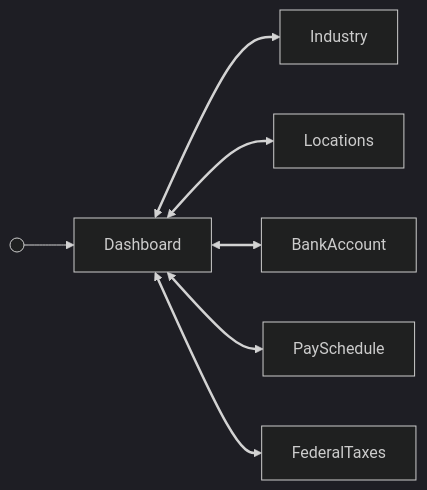
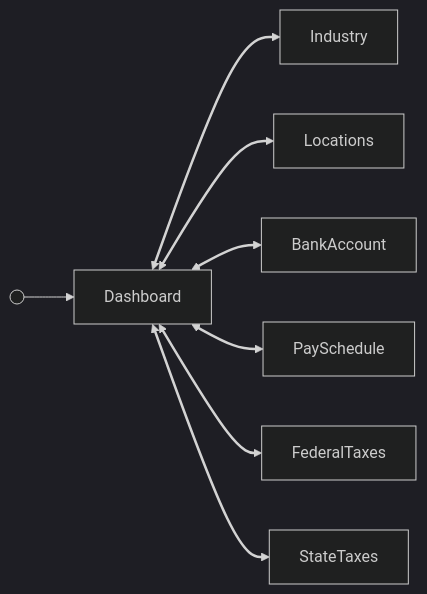
One commit to Gusto/embedded-react-sdk changed the diagram in src/components/Company/Dashboard/GUIDE.md. Above: the diagram before and after it, drawn with Mermaid (dark theme). The commit also changed other lines of this file and 28 other files, not shown here.

First line of the commit message:
feat(SDK-1431): add state taxes card and promote the dashboard Taxes tab

````diff
--- a/src/components/Company/Dashboard/GUIDE.md
+++ b/src/components/Company/Dashboard/GUIDE.md
@@ -21,10 +21,11 @@
 ```mermaid
 flowchart LR
   start@{ shape: sm-circ } --> Dashboard
   Dashboard <--> Industry
   Dashboard <--> Locations
   Dashboard <--> BankAccount
   Dashboard <--> PaySchedule
   Dashboard <--> FederalTaxes
-  linkStyle 1,2,3,4,5 stroke-width:2.5px
+  Dashboard <--> StateTaxes
+  linkStyle 1,2,3,4,5,6 stroke-width:2.5px
 ```
````
